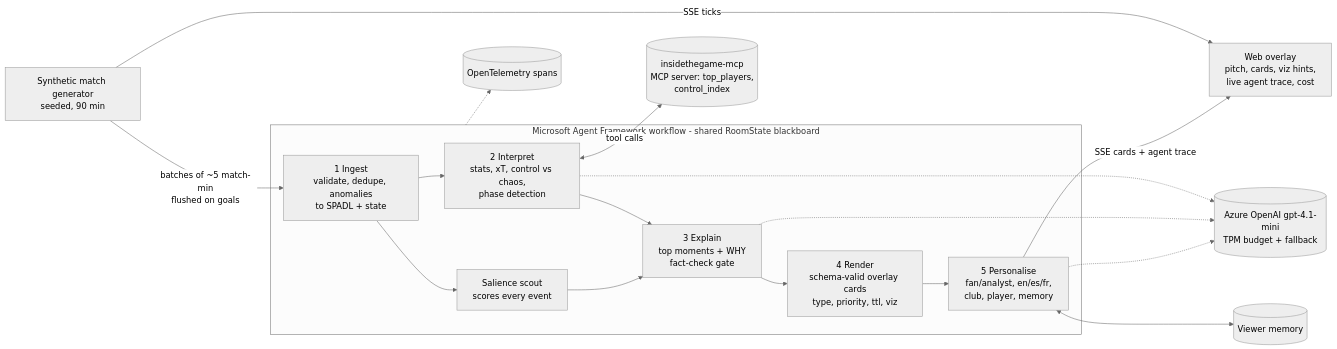
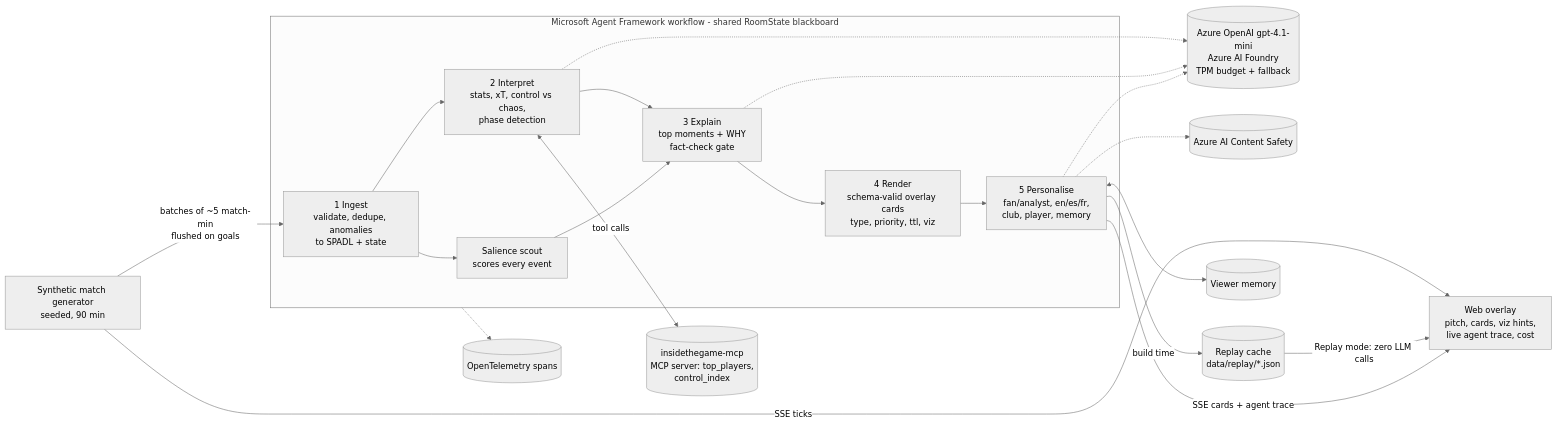
Before and after one commit to AlonsoAlviraa/inside-the-game: the diagram in README.md, drawn with Mermaid (neutral theme). The commit also changed other lines of this file and 62 other files, not shown here.

````diff
--- a/README.md
+++ b/README.md
@@ -11,18 +36,21 @@
 ```mermaid
 flowchart LR
     G[Synthetic match generator<br/>seeded, 90 min] -->|SSE ticks| W
     G -->|batches of ~5 match-min<br/>flushed on goals| I
     subgraph MAF [Microsoft Agent Framework workflow - shared RoomState blackboard]
         I[1 Ingest<br/>validate, dedupe, anomalies<br/>to SPADL + state] --> T[2 Interpret<br/>stats, xT, control vs chaos,<br/>phase detection]
         I --> S[Salience scout<br/>scores every event]
         T --> E[3 Explain<br/>top moments + WHY<br/>fact-check gate]
         S --> E
         E --> R[4 Render<br/>schema-valid overlay cards<br/>type, priority, ttl, viz]
         R --> P[5 Personalise<br/>fan/analyst, en/es/fr,<br/>club, player, memory]
     end
     T <-->|tool calls| M[(insidethegame-mcp<br/>MCP server: top_players,<br/>control_index)]
-    T & E & P -.-> L[(Azure OpenAI gpt-4.1-mini<br/>TPM budget + fallback)]
+    T & E & P -.-> L[(Azure OpenAI gpt-4.1-mini<br/>Azure AI Foundry<br/>TPM budget + fallback)]
+    P -.-> CS[(Azure AI Content Safety)]
+    P -->|build time| RC[(Replay cache<br/>data/replay/*.json)]
+    RC -->|Replay mode: zero LLM calls| W
     P -->|SSE cards + agent trace| W[Web overlay<br/>pitch, cards, viz hints,<br/>live agent trace, cost]
     P <--> V[(Viewer memory)]
     MAF -.-> O[(OpenTelemetry spans)]
 ```
````
